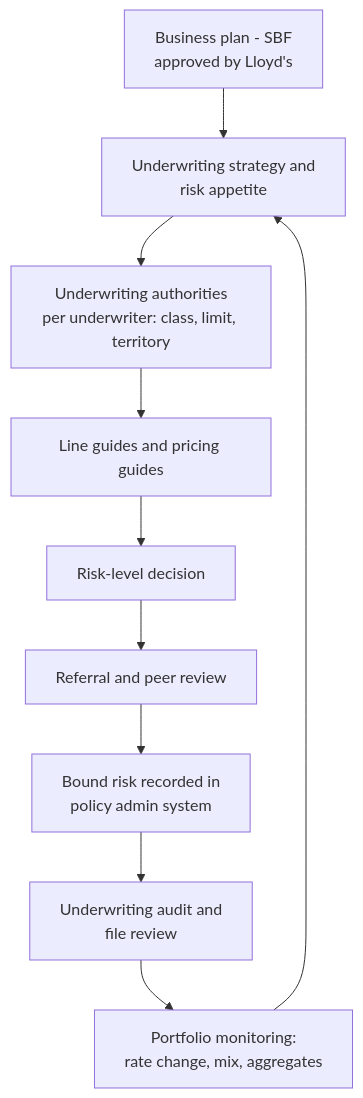
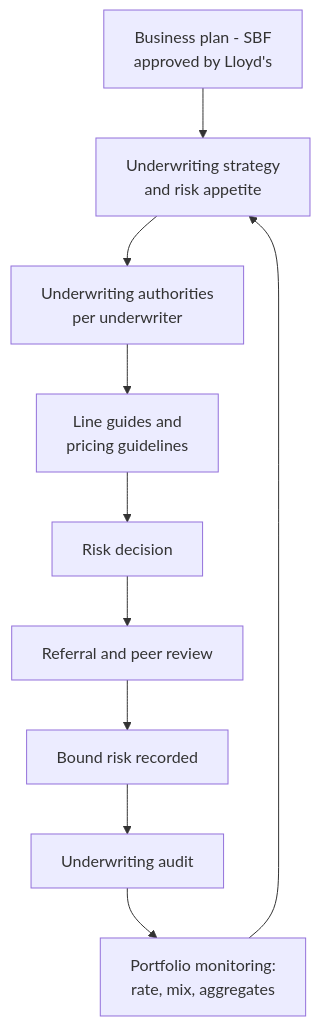
One commit to gazal-gupta/Insurance-Domain changed the second of 2 diagrams in london-market-lloyds-guide/04-Intermediate-Placement-and-Underwriting.md. Above: the diagram before and after it, drawn with Mermaid. The commit also changed other lines of this file, not shown here.

First line of the commit message:
Rewrite chapter 04 placement and underwriting in full detail

````diff
--- a/london-market-lloyds-guide/04-Intermediate-Placement-and-Underwriting.md
+++ b/london-market-lloyds-guide/04-Intermediate-Placement-and-Underwriting.md
@@ -166,12 +329,12 @@
 ```mermaid
 flowchart TB
-  A[Business plan - SBF<br/>approved by Lloyd's] --> B[Underwriting strategy and<br/>risk appetite]
-  B --> C[Underwriting authorities<br/>per underwriter: class, limit, territory]
-  C --> D[Line guides and pricing guides]
-  D --> E[Risk-level decision]
+  A[Business plan - SBF<br/>approved by Lloyd's] --> B[Underwriting strategy<br/>and risk appetite]
+  B --> C[Underwriting authorities<br/>per underwriter]
+  C --> D[Line guides and<br/>pricing guidelines]
+  D --> E[Risk decision]
   E --> F[Referral and peer review]
-  F --> G[Bound risk recorded in<br/>policy admin system]
-  G --> H[Underwriting audit and<br/>file review]
-  H --> I[Portfolio monitoring:<br/>rate change, mix, aggregates]
+  F --> G[Bound risk recorded]
+  G --> H[Underwriting audit]
+  H --> I[Portfolio monitoring:<br/>rate, mix, aggregates]
   I --> B
 ```
````
